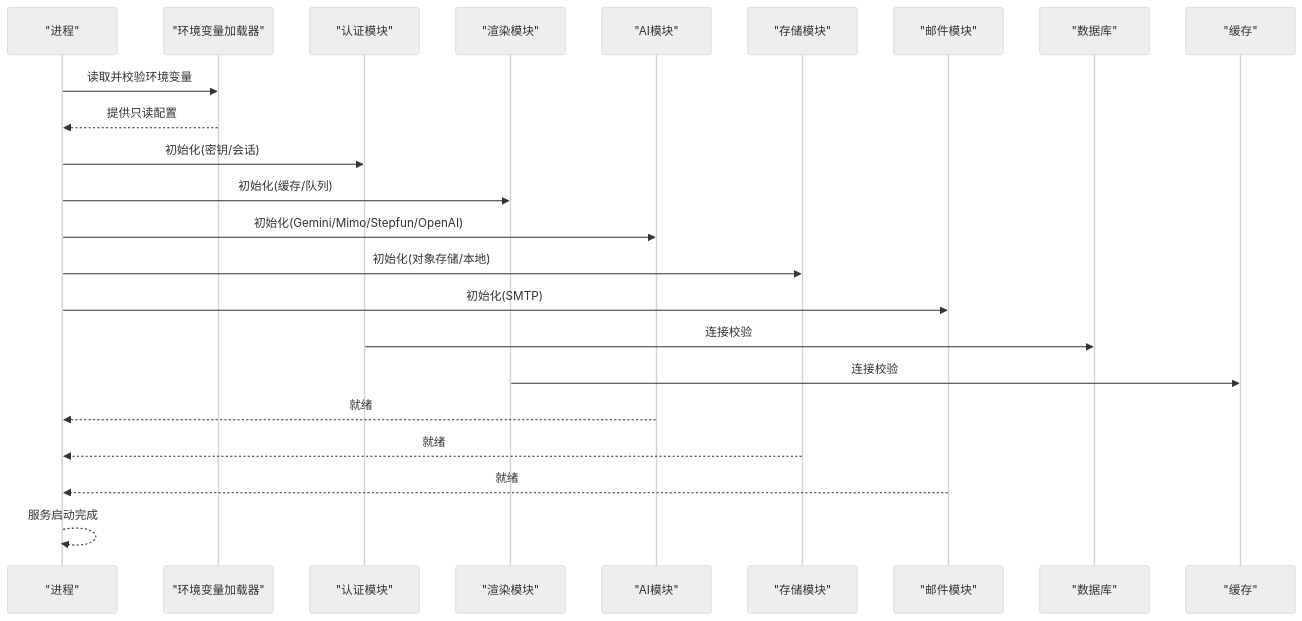
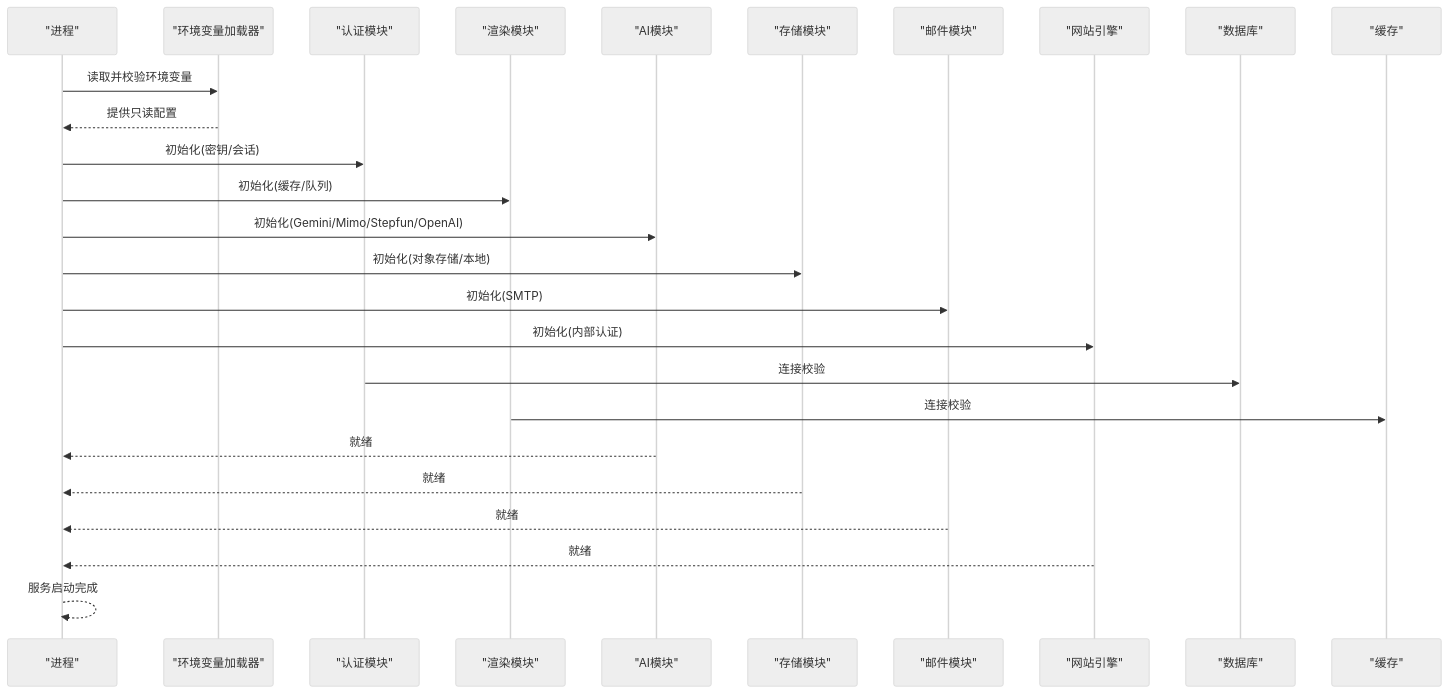
One commit to scottcwy/PurpleInk changed the third of 6 diagrams in .qoder/repowiki/zh/content/部署指南/生产环境配置/环境变量配置.md. Above: the diagram before and after it, drawn with Mermaid (neutral theme). The commit also changed other lines of this file and 23 other files, not shown here.

````diff
--- a/.qoder/repowiki/zh/content/部署指南/生产环境配置/环境变量配置.md
+++ b/.qoder/repowiki/zh/content/部署指南/生产环境配置/环境变量配置.md
@@ -122,25 +129,28 @@
 ```mermaid
 sequenceDiagram
 participant Proc as "进程"
 participant Env as "环境变量加载器"
 participant Auth as "认证模块"
 participant Render as "渲染模块"
 participant AI as "AI模块"
 participant Store as "存储模块"
 participant Mail as "邮件模块"
+participant Engine as "网站引擎"
 participant DB as "数据库"
 participant Cache as "缓存"
 Proc->>Env : 读取并校验环境变量
 Env-->>Proc : 提供只读配置
 Proc->>Auth : 初始化(密钥/会话)
 Proc->>Render : 初始化(缓存/队列)
 Proc->>AI : 初始化(Gemini/Mimo/Stepfun/OpenAI)
 Proc->>Store : 初始化(对象存储/本地)
 Proc->>Mail : 初始化(SMTP)
+Proc->>Engine : 初始化(内部认证)
 Auth->>DB : 连接校验
 Render->>Cache : 连接校验
 AI-->>Proc : 就绪
 Store-->>Proc : 就绪
 Mail-->>Proc : 就绪
+Engine-->>Proc : 就绪
 Proc-->>Proc : 服务启动完成
 ```
````
